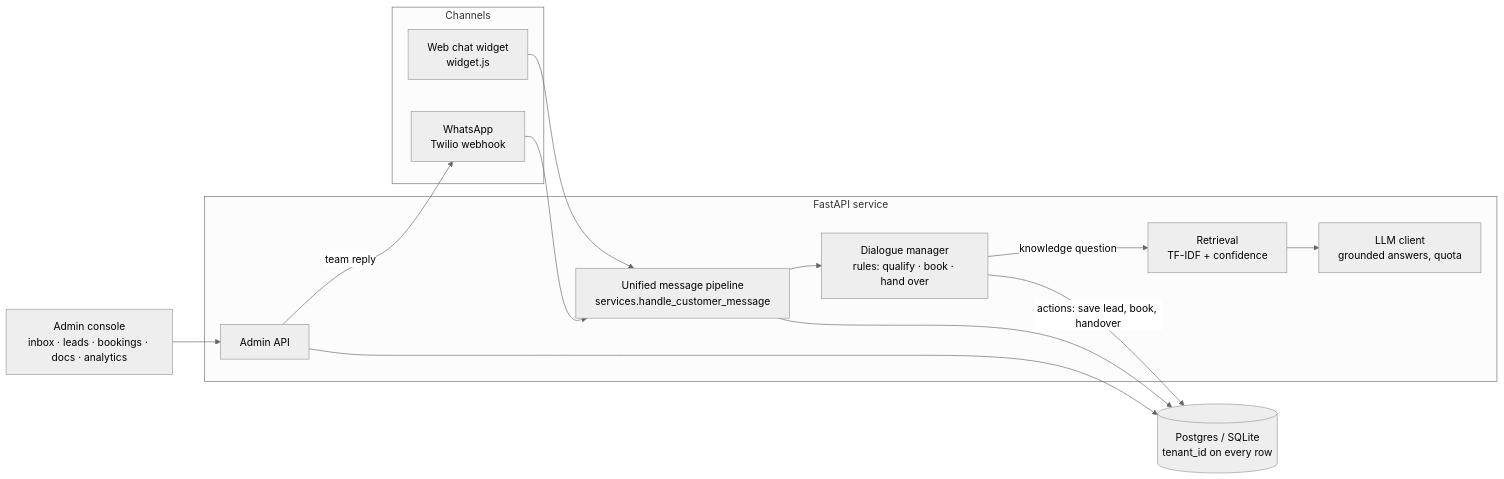
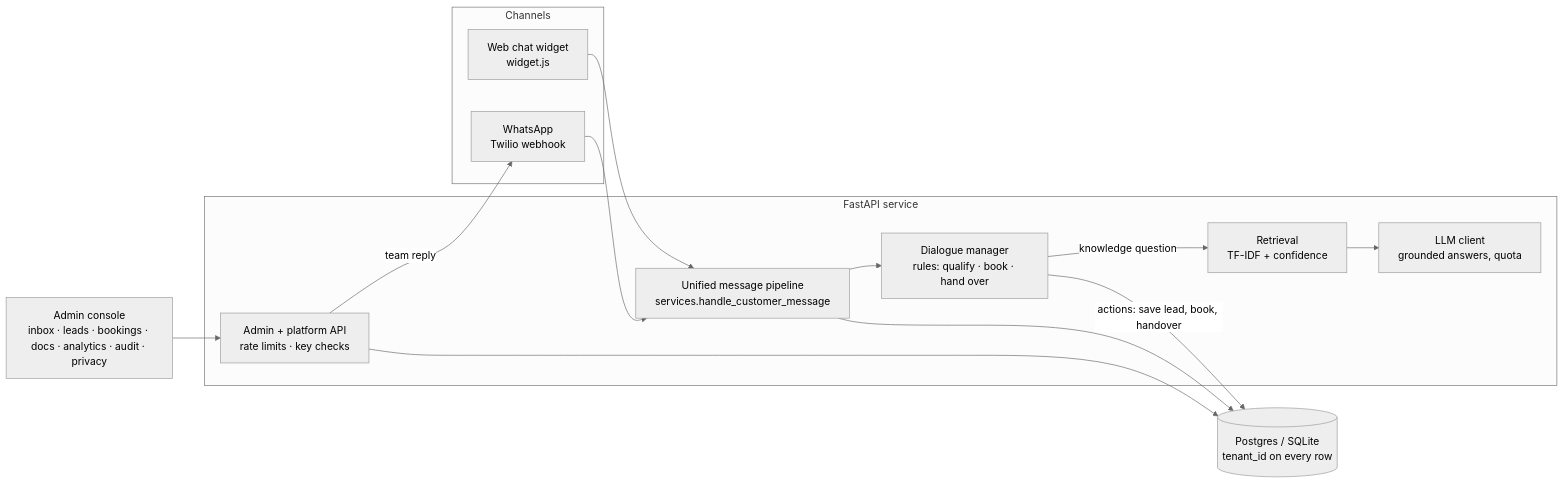
One commit to yagyaXsen/agents-platform changed the first of 2 diagrams in docs/architecture.md. Above: the diagram before and after it, drawn with Mermaid (neutral theme). The commit also changed other lines of this file and 19 other files, not shown here.

First line of the commit message:
Answer quality, rate limits, onboarding, privacy and booking controls

````diff
--- a/docs/architecture.md
+++ b/docs/architecture.md
@@ -5,25 +5,25 @@
 ```mermaid
 flowchart LR
   subgraph Channels
     W[Web chat widget<br/>widget.js]
     WA[WhatsApp<br/>Twilio webhook]
   end
   subgraph API[FastAPI service]
     P[Unified message pipeline<br/>services.handle_customer_message]
     D[Dialogue manager<br/>rules: qualify · book · hand over]
     R[Retrieval<br/>TF-IDF + confidence]
     L[LLM client<br/>grounded answers, quota]
-    A[Admin API]
+    A[Admin + platform API<br/>rate limits · key checks]
   end
   DB[(Postgres / SQLite<br/>tenant_id on every row)]
-  C[Admin console<br/>inbox · leads · bookings · docs · analytics]
+  C[Admin console<br/>inbox · leads · bookings · docs · analytics · audit · privacy]
 
   W --> P
   WA --> P
   P --> D
   D -->|knowledge question| R --> L
   D -->|actions: save lead, book, handover| DB
   P --> DB
   C --> A --> DB
   A -->|team reply| WA
 ```
````
